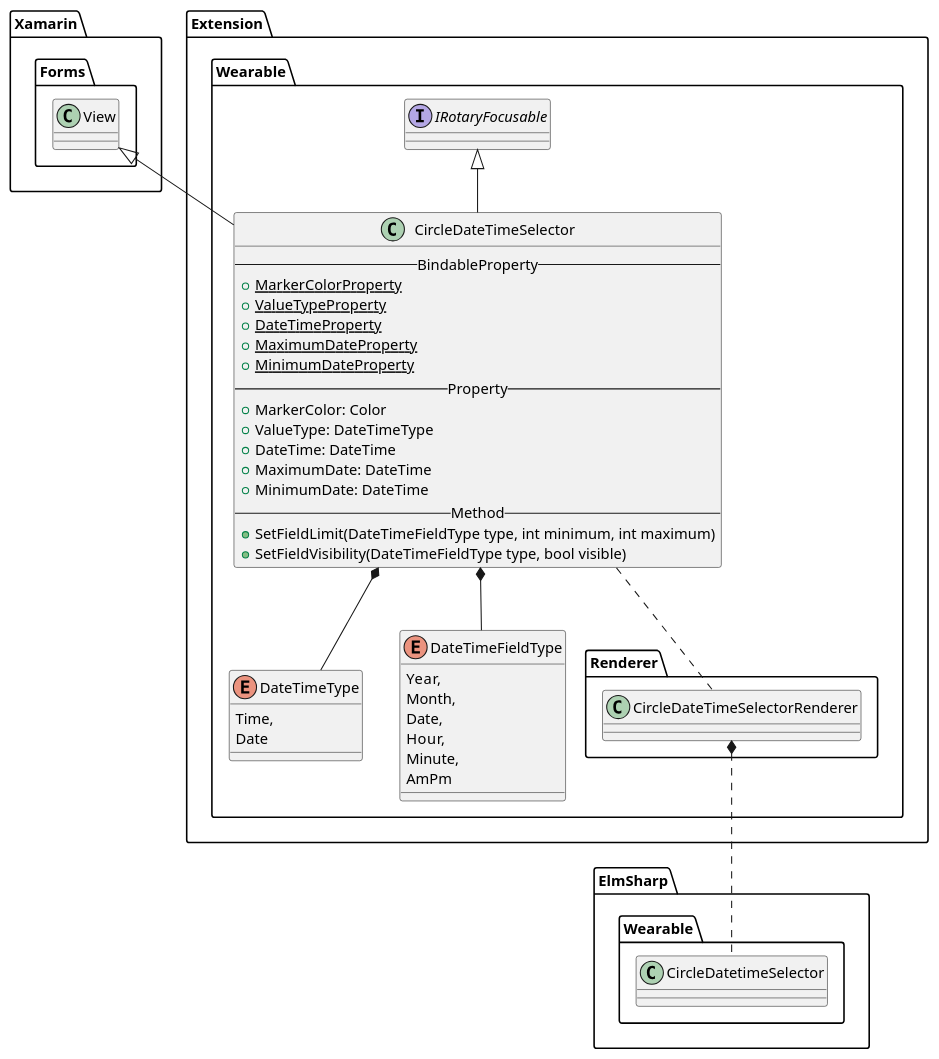
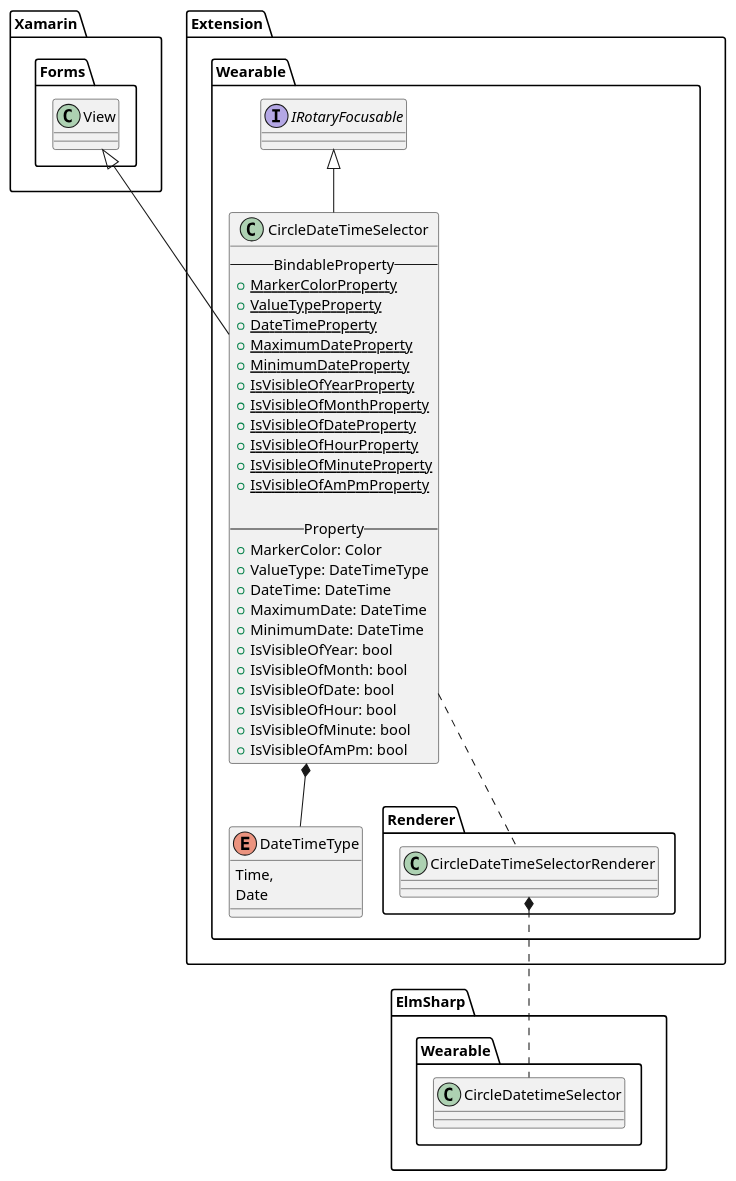
One commit to Samsung/Tizen.CircularUI changed the second of 17 diagrams in doc/design/uml/CirclePage.wsd. Above: the diagram before and after it, drawn with PlantUML. The commit also changed 9 other files, not shown here.

Commit message:
[CircleDateTimeSelector] add SetFieldVisibility() and remove SetFieldLimit() (#72)

```diff
--- a/doc/design/uml/CirclePage.wsd
+++ b/doc/design/uml/CirclePage.wsd
@@ -58,55 +58,55 @@
 @startuml CircleDateTimeSelector.png
 
 package "Xamarin.Forms" {
     class View
 }
 
 package "Extension.Wearable" {
     interface IRotaryFocusable
     class CircleDateTimeSelector {
         --BindableProperty--
         {static} +MarkerColorProperty
         {static} +ValueTypeProperty
         {static} +DateTimeProperty
         {static} +MaximumDateProperty
         {static} +MinimumDateProperty
+        {static} +IsVisibleOfYearProperty
+        {static} +IsVisibleOfMonthProperty
+        {static} +IsVisibleOfDateProperty
+        {static} +IsVisibleOfHourProperty
+        {static} +IsVisibleOfMinuteProperty
+        {static} +IsVisibleOfAmPmProperty
+
         --Property--
         +MarkerColor: Color
         +ValueType: DateTimeType
         +DateTime: DateTime
         +MaximumDate: DateTime
         +MinimumDate: DateTime
-        --Method--
-        + SetFieldLimit(DateTimeFieldType type, int minimum, int maximum)
-        + SetFieldVisibility(DateTimeFieldType type, bool visible)
+        +IsVisibleOfYear: bool
+        +IsVisibleOfMonth: bool
+        +IsVisibleOfDate: bool
+        +IsVisibleOfHour: bool
+        +IsVisibleOfMinute: bool
+        +IsVisibleOfAmPm: bool
     }
     enum DateTimeType {
         Time,
         Date
     }
 
-    enum DateTimeFieldType {
-        Year,
-        Month,
-        Date,
-        Hour,
-        Minute,
-        AmPm
-    }
-
     CircleDateTimeSelector -u-|> View
     CircleDateTimeSelector -u-|> IRotaryFocusable
     CircleDateTimeSelector *-d- DateTimeType
-    CircleDateTimeSelector *-d- DateTimeFieldType
 }
 
 package "Extension.Wearable.Renderer" {
     class CircleDateTimeSelectorRenderer
     CircleDateTimeSelectorRenderer .u. CircleDateTimeSelector
 }
 
 package "ElmSharp.Wearable" {
     class CircleDatetimeSelector
     CircleDateTimeSelectorRenderer *.d. CircleDatetimeSelector
 }
 @enduml
```
